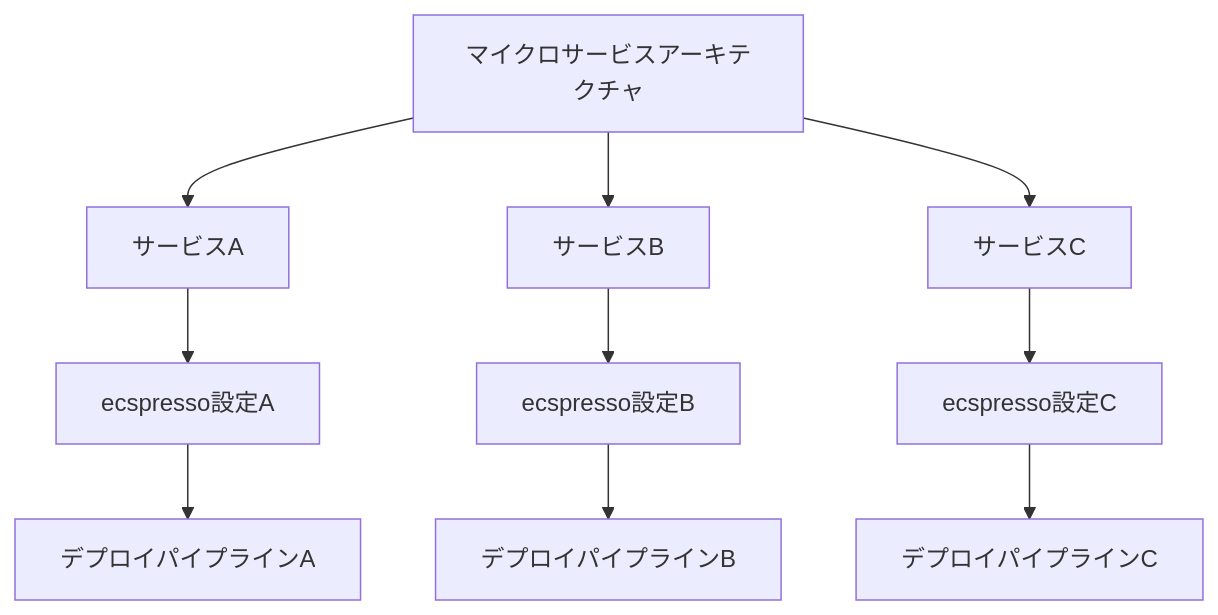
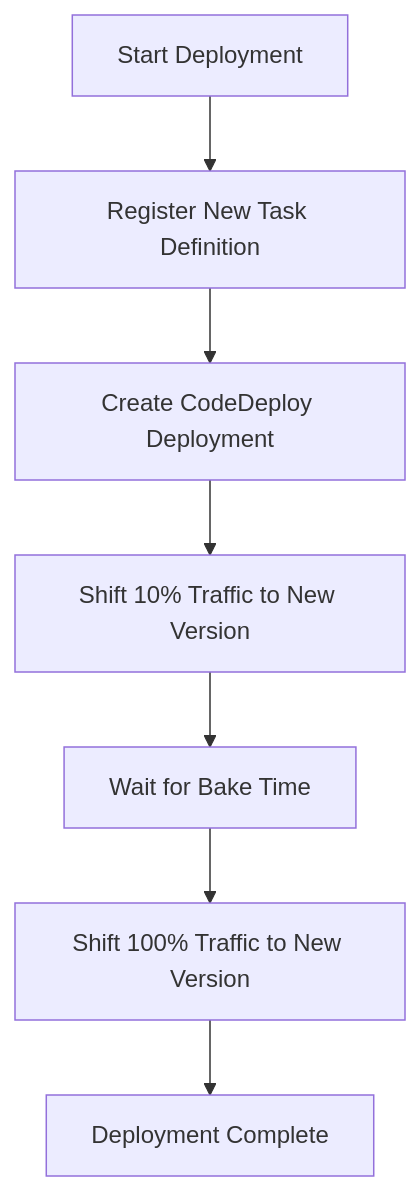
One commit to bufferings/devin-docs changed the diagram in ecspresso/practical/large-scale.md. Above: the diagram before and after it, drawn with Mermaid. The commit also changed other lines of this file and 33 other files, not shown here.

````diff
--- a/ecspresso/practical/large-scale.md
+++ b/ecspresso/practical/large-scale.md
@@ -17,12 +66,9 @@
 ```mermaid
 graph TD
-    A[マイクロサービスアーキテクチャ] --> B[サービスA]
-    A --> C[サービスB]
-    A --> D[サービスC]
-    B --> E[ecspresso設定A]
-    C --> F[ecspresso設定B]
-    D --> G[ecspresso設定C]
-    E --> H[デプロイパイプラインA]
-    F --> I[デプロイパイプラインB]
-    G --> J[デプロイパイプラインC]
+    A[Start Deployment] --> B[Register New Task Definition]
+    B --> C[Create CodeDeploy Deployment]
+    C --> D[Shift 10% Traffic to New Version]
+    D --> E[Wait for Bake Time]
+    E --> F[Shift 100% Traffic to New Version]
+    F --> G[Deployment Complete]
 ```
````
